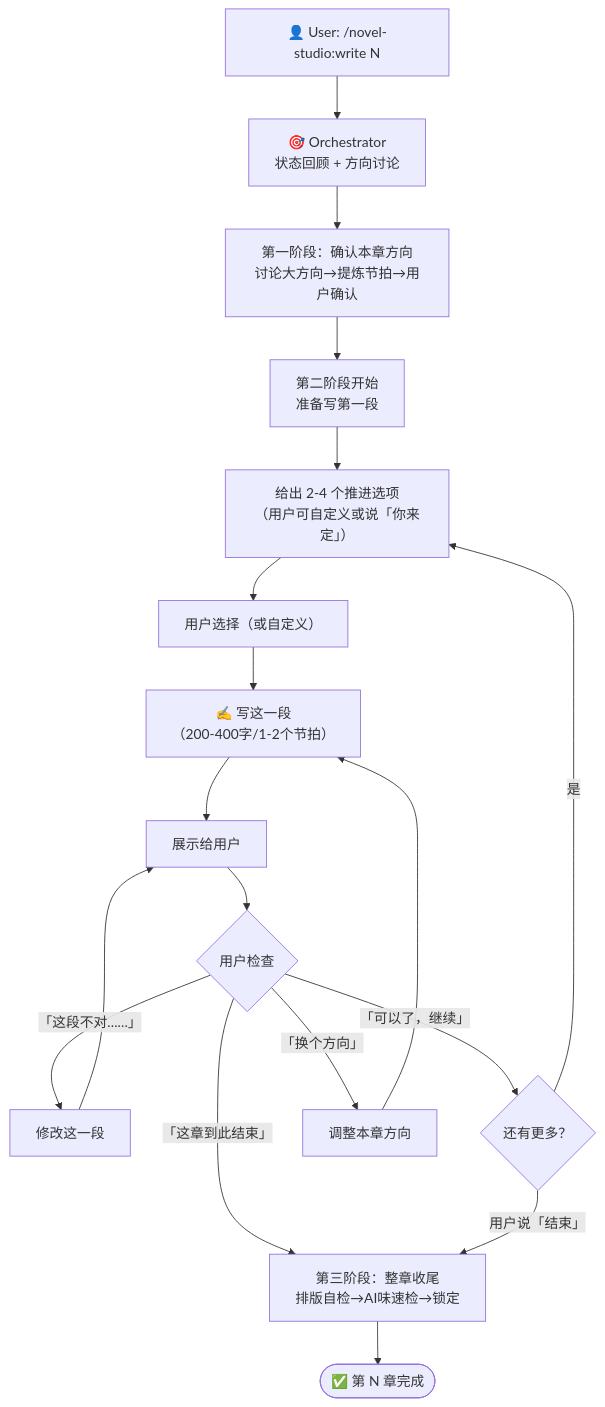
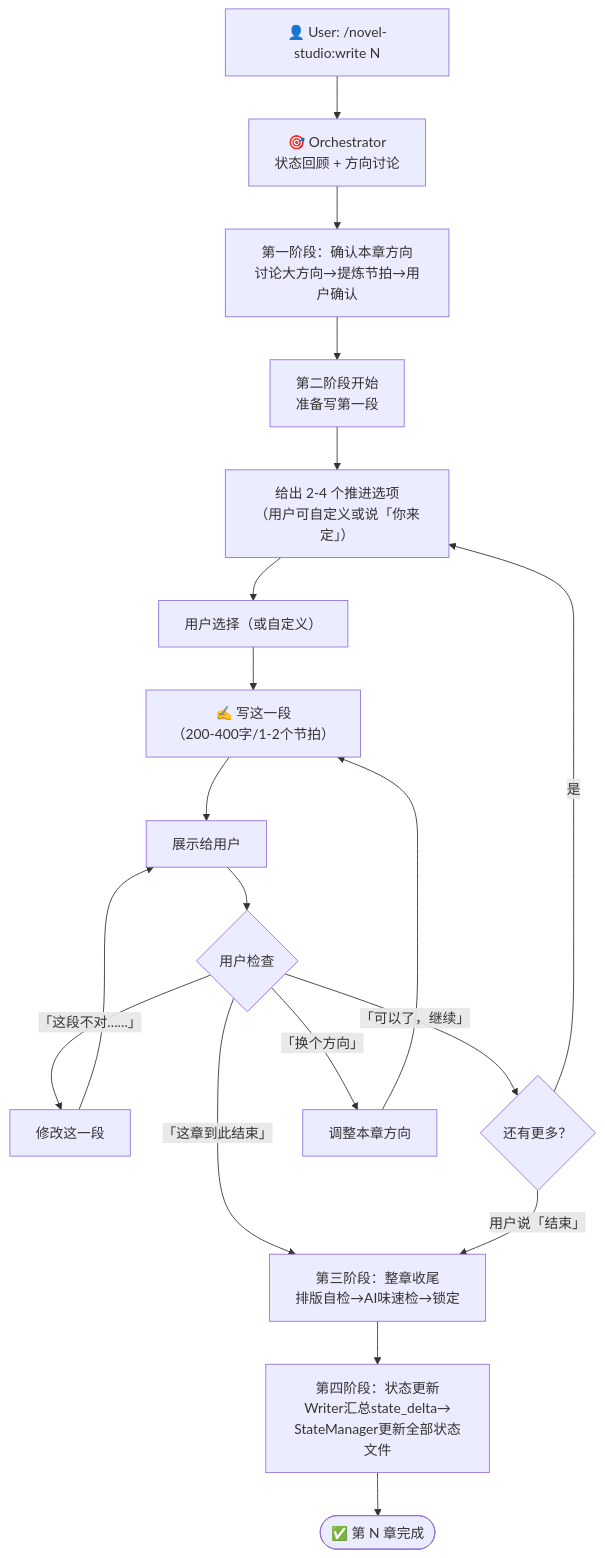
The diagram in workflows/write-chapter.md (deathwhispers/novel-studio), drawn with Mermaid before and after one commit. The commit also changed other lines of this file and 9 other files, not shown here.

````diff
--- a/workflows/write-chapter.md
+++ b/workflows/write-chapter.md
@@ -11,33 +11,35 @@
 ```mermaid
 flowchart TD
     User["👤 User: /novel-studio:write N"]
     Orchestrator["🎯 Orchestrator<br/>状态回顾 + 方向讨论"]
 
     User --> Orchestrator
 
     Orchestrator --> Phase1["第一阶段：确认本章方向<br/>讨论大方向→提炼节拍→用户确认"]
 
     Phase1 --> Phase2Start["第二阶段开始<br/>准备写第一段"]
 
     Phase2Start --> GiveOptions["给出 2-4 个推进选项<br/>（用户可自定义或说「你来定」）"]
 
     GiveOptions --> UserSelect["用户选择（或自定义）"]
 
     UserSelect --> WriteSegment["✍️ 写这一段<br/>（200-400字/1-2个节拍）"]
     WriteSegment --> ShowUser["展示给用户"]
 
     ShowUser --> UserCheck{"用户检查"}
     UserCheck -->|"「这段不对……」"| FixSegment["修改这一段"]
     FixSegment --> ShowUser
     UserCheck -->|"「可以了，继续」"| MoreSegments{"还有更多？"}
     UserCheck -->|"「换个方向」"| AdjustDirection["调整本章方向"]
     AdjustDirection --> WriteSegment
     UserCheck -->|"「这章到此结束」"| Phase3
 
     MoreSegments -->|"是"| GiveOptions
     MoreSegments -->|"用户说「结束」"| Phase3
 
     Phase3["第三阶段：整章收尾<br/>排版自检→AI味速检→锁定"]
 
-    Phase3 --> Done(["✅ 第 N 章完成"])
+    Phase3 --> Summarize["第四阶段：状态更新<br/>Writer汇总state_delta→<br/>StateManager更新全部状态文件"]
+
+    Summarize --> Done(["✅ 第 N 章完成"])
 ```
````
